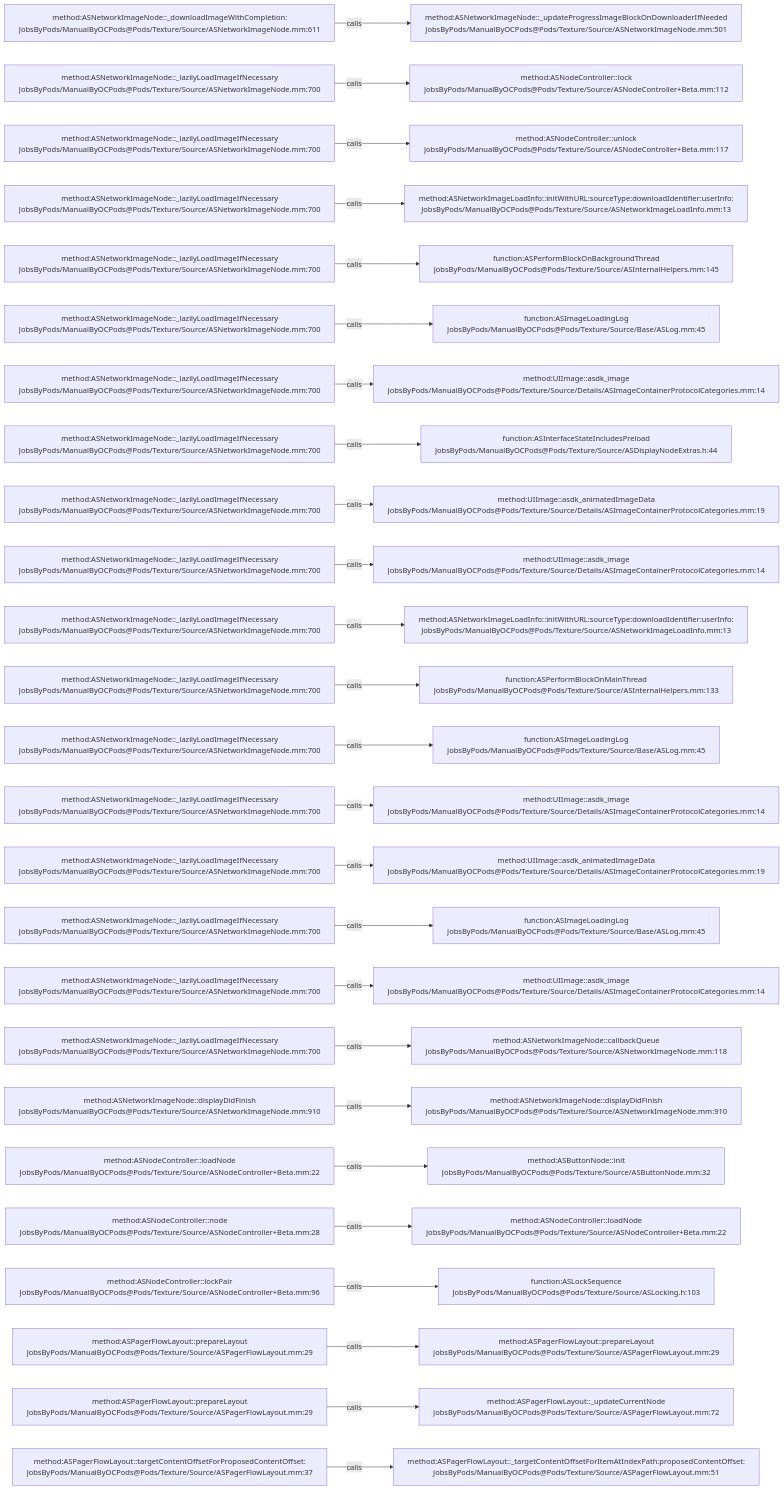
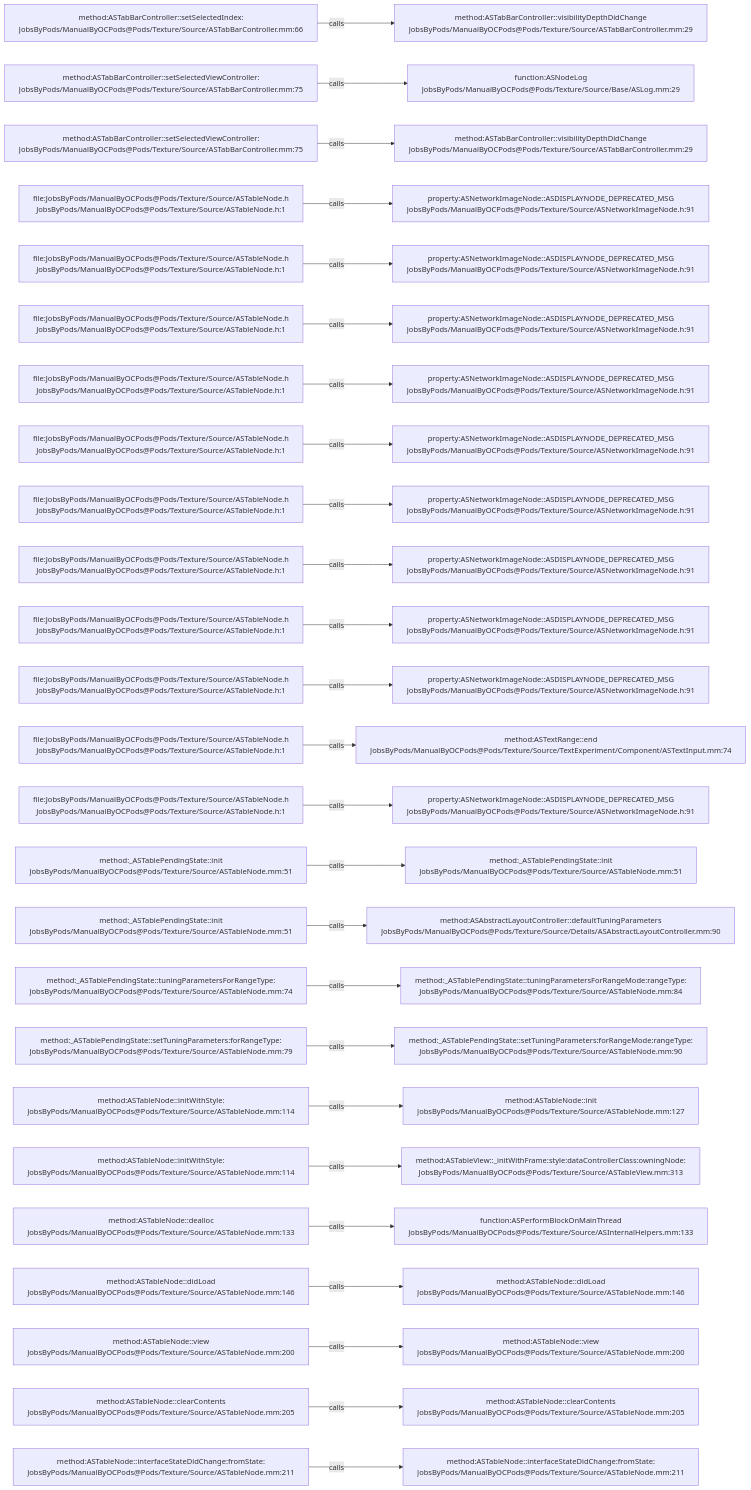
One commit to JobsKits/JobsOCBaseConfigDemo changed the diagram in .codegraph/codegraph.md/graphs/calls-120.md. Above: the diagram before and after it, drawn with Mermaid. The commit also changed 1353 other files, not shown here.

````diff
--- a/.codegraph/codegraph.md/graphs/calls-120.md
+++ b/.codegraph/codegraph.md/graphs/calls-120.md
@@ -13,78 +13,78 @@
 ```mermaid
 flowchart LR
-  S1["method:ASNetworkImageNode::_downloadImageWithCompletion:<br/>JobsByPods/ManualByOCPods@Pods/Texture/Source/ASNetworkImageNode.mm:611"]
-  T1["method:ASNetworkImageNode::_updateProgressImageBlockOnDownloaderIfNeeded<br/>JobsByPods/ManualByOCPods@Pods/Texture/Source/ASNetworkImageNode.mm:501"]
+  S1["method:ASTabBarController::setSelectedIndex:<br/>JobsByPods/ManualByOCPods@Pods/Texture/Source/ASTabBarController.mm:66"]
+  T1["method:ASTabBarController::visibilityDepthDidChange<br/>JobsByPods/ManualByOCPods@Pods/Texture/Source/ASTabBarController.mm:29"]
   S1 -->|calls| T1
-  S2["method:ASNetworkImageNode::_lazilyLoadImageIfNecessary<br/>JobsByPods/ManualByOCPods@Pods/Texture/Source/ASNetworkImageNode.mm:700"]
-  T2["method:ASNodeController::lock<br/>JobsByPods/ManualByOCPods@Pods/Texture/Source/ASNodeController+Beta.mm:112"]
+  S2["method:ASTabBarController::setSelectedViewController:<br/>JobsByPods/ManualByOCPods@Pods/Texture/Source/ASTabBarController.mm:75"]
+  T2["function:ASNodeLog<br/>JobsByPods/ManualByOCPods@Pods/Texture/Source/Base/ASLog.mm:29"]
   S2 -->|calls| T2
-  S3["method:ASNetworkImageNode::_lazilyLoadImageIfNecessary<br/>JobsByPods/ManualByOCPods@Pods/Texture/Source/ASNetworkImageNode.mm:700"]
-  T3["method:ASNodeController::unlock<br/>JobsByPods/ManualByOCPods@Pods/Texture/Source/ASNodeController+Beta.mm:117"]
+  S3["method:ASTabBarController::setSelectedViewController:<br/>JobsByPods/ManualByOCPods@Pods/Texture/Source/ASTabBarController.mm:75"]
+  T3["method:ASTabBarController::visibilityDepthDidChange<br/>JobsByPods/ManualByOCPods@Pods/Texture/Source/ASTabBarController.mm:29"]
   S3 -->|calls| T3
-  S4["method:ASNetworkImageNode::_lazilyLoadImageIfNecessary<br/>JobsByPods/ManualByOCPods@Pods/Texture/Source/ASNetworkImageNode.mm:700"]
-  T4["method:ASNetworkImageLoadInfo::initWithURL:sourceType:downloadIdentifier:userInfo:<br/>JobsByPods/ManualByOCPods@Pods/Texture/Source/ASNetworkImageLoadInfo.mm:13"]
+  S4["file:JobsByPods/ManualByOCPods@Pods/Texture/Source/ASTableNode.h<br/>JobsByPods/ManualByOCPods@Pods/Texture/Source/ASTableNode.h:1"]
+  T4["property:ASNetworkImageNode::ASDISPLAYNODE_DEPRECATED_MSG<br/>JobsByPods/ManualByOCPods@Pods/Texture/Source/ASNetworkImageNode.h:91"]
   S4 -->|calls| T4
-  S5["method:ASNetworkImageNode::_lazilyLoadImageIfNecessary<br/>JobsByPods/ManualByOCPods@Pods/Texture/Source/ASNetworkImageNode.mm:700"]
-  T5["function:ASPerformBlockOnBackgroundThread<br/>JobsByPods/ManualByOCPods@Pods/Texture/Source/ASInternalHelpers.mm:145"]
+  S5["file:JobsByPods/ManualByOCPods@Pods/Texture/Source/ASTableNode.h<br/>JobsByPods/ManualByOCPods@Pods/Texture/Source/ASTableNode.h:1"]
+  T5["property:ASNetworkImageNode::ASDISPLAYNODE_DEPRECATED_MSG<br/>JobsByPods/ManualByOCPods@Pods/Texture/Source/ASNetworkImageNode.h:91"]
   S5 -->|calls| T5
-  S6["method:ASNetworkImageNode::_lazilyLoadImageIfNecessary<br/>JobsByPods/ManualByOCPods@Pods/Texture/Source/ASNetworkImageNode.mm:700"]
-  T6["function:ASImageLoadingLog<br/>JobsByPods/ManualByOCPods@Pods/Texture/Source/Base/ASLog.mm:45"]
+  S6["file:JobsByPods/ManualByOCPods@Pods/Texture/Source/ASTableNode.h<br/>JobsByPods/ManualByOCPods@Pods/Texture/Source/ASTableNode.h:1"]
+  T6["property:ASNetworkImageNode::ASDISPLAYNODE_DEPRECATED_MSG<br/>JobsByPods/ManualByOCPods@Pods/Texture/Source/ASNetworkImageNode.h:91"]
   S6 -->|calls| T6
-  S7["method:ASNetworkImageNode::_lazilyLoadImageIfNecessary<br/>JobsByPods/ManualByOCPods@Pods/Texture/Source/ASNetworkImageNode.mm:700"]
-  T7["method:UIImage::asdk_image<br/>JobsByPods/ManualByOCPods@Pods/Texture/Source/Details/ASImageContainerProtocolCategories.mm:14"]
+  S7["file:JobsByPods/ManualByOCPods@Pods/Texture/Source/ASTableNode.h<br/>JobsByPods/ManualByOCPods@Pods/Texture/Source/ASTableNode.h:1"]
+  T7["property:ASNetworkImageNode::ASDISPLAYNODE_DEPRECATED_MSG<br/>JobsByPods/ManualByOCPods@Pods/Texture/Source/ASNetworkImageNode.h:91"]
   S7 -->|calls| T7
-  S8["method:ASNetworkImageNode::_lazilyLoadImageIfNecessary<br/>JobsByPods/ManualByOCPods@Pods/Texture/Source/ASNetworkImageNode.mm:700"]
-  T8["function:ASInterfaceStateIncludesPreload<br/>JobsByPods/ManualByOCPods@Pods/Texture/Source/ASDisplayNodeExtras.h:44"]
+  S8["file:JobsByPods/ManualByOCPods@Pods/Texture/Source/ASTableNode.h<br/>JobsByPods/ManualByOCPods@Pods/Texture/Source/ASTableNode.h:1"]
+  T8["property:ASNetworkImageNode::ASDISPLAYNODE_DEPRECATED_MSG<br/>JobsByPods/ManualByOCPods@Pods/Texture/Source/ASNetworkImageNode.h:91"]
   S8 -->|calls| T8
-  S9["method:ASNetworkImageNode::_lazilyLoadImageIfNecessary<br/>JobsByPods/ManualByOCPods@Pods/Texture/Source/ASNetworkImageNode.mm:700"]
-  T9["method:UIImage::asdk_animatedImageData<br/>JobsByPods/ManualByOCPods@Pods/Texture/Source/Details/ASImageContainerProtocolCategories.mm:19"]
+  S9["file:JobsByPods/ManualByOCPods@Pods/Texture/Source/ASTableNode.h<br/>JobsByPods/ManualByOCPods@Pods/Texture/Source/ASTableNode.h:1"]
+  T9["property:ASNetworkImageNode::ASDISPLAYNODE_DEPRECATED_MSG<br/>JobsByPods/ManualByOCPods@Pods/Texture/Source/ASNetworkImageNode.h:91"]
   S9 -->|calls| T9
-  S10["method:ASNetworkImageNode::_lazilyLoadImageIfNecessary<br/>JobsByPods/ManualByOCPods@Pods/Texture/Source/ASNetworkImageNode.mm:700"]
-  T10["method:UIImage::asdk_image<br/>JobsByPods/ManualByOCPods@Pods/Texture/Source/Details/ASImageContainerProtocolCategories.mm:14"]
+  S10["file:JobsByPods/ManualByOCPods@Pods/Texture/Source/ASTableNode.h<br/>JobsByPods/ManualByOCPods@Pods/Texture/Source/ASTableNode.h:1"]
+  T10["property:ASNetworkImageNode::ASDISPLAYNODE_DEPRECATED_MSG<br/>JobsByPods/ManualByOCPods@Pods/Texture/Source/ASNetworkImageNode.h:91"]
   S10 -->|calls| T10
-  S11["method:ASNetworkImageNode::_lazilyLoadImageIfNecessary<br/>JobsByPods/ManualByOCPods@Pods/Texture/Source/ASNetworkImageNode.mm:700"]
-  T11["method:ASNetworkImageLoadInfo::initWithURL:sourceType:downloadIdentifier:userInfo:<br/>JobsByPods/ManualByOCPods@Pods/Texture/Source/ASNetworkImageLoadInfo.mm:13"]
+  S11["file:JobsByPods/ManualByOCPods@Pods/Texture/Source/ASTableNode.h<br/>JobsByPods/ManualByOCPods@Pods/Texture/Source/ASTableNode.h:1"]
+  T11["property:ASNetworkImageNode::ASDISPLAYNODE_DEPRECATED_MSG<br/>JobsByPods/ManualByOCPods@Pods/Texture/Source/ASNetworkImageNode.h:91"]
   S11 -->|calls| T11
-  S12["method:ASNetworkImageNode::_lazilyLoadImageIfNecessary<br/>JobsByPods/ManualByOCPods@Pods/Texture/Source/ASNetworkImageNode.mm:700"]
-  T12["function:ASPerformBlockOnMainThread<br/>JobsByPods/ManualByOCPods@Pods/Texture/Source/ASInternalHelpers.mm:133"]
+  S12["file:JobsByPods/ManualByOCPods@Pods/Texture/Source/ASTableNode.h<br/>JobsByPods/ManualByOCPods@Pods/Texture/Source/ASTableNode.h:1"]
+  T12["property:ASNetworkImageNode::ASDISPLAYNODE_DEPRECATED_MSG<br/>JobsByPods/ManualByOCPods@Pods/Texture/Source/ASNetworkImageNode.h:91"]
   S12 -->|calls| T12
-  S13["method:ASNetworkImageNode::_lazilyLoadImageIfNecessary<br/>JobsByPods/ManualByOCPods@Pods/Texture/Source/ASNetworkImageNode.mm:700"]
-  T13["function:ASImageLoadingLog<br/>JobsByPods/ManualByOCPods@Pods/Texture/Source/Base/ASLog.mm:45"]
+  S13["file:JobsByPods/ManualByOCPods@Pods/Texture/Source/ASTableNode.h<br/>JobsByPods/ManualByOCPods@Pods/Texture/Source/ASTableNode.h:1"]
+  T13["method:ASTextRange::end<br/>JobsByPods/ManualByOCPods@Pods/Texture/Source/TextExperiment/Component/ASTextInput.mm:74"]
   S13 -->|calls| T13
-  S14["method:ASNetworkImageNode::_lazilyLoadImageIfNecessary<br/>JobsByPods/ManualByOCPods@Pods/Texture/Source/ASNetworkImageNode.mm:700"]
-  T14["method:UIImage::asdk_image<br/>JobsByPods/ManualByOCPods@Pods/Texture/Source/Details/ASImageContainerProtocolCategories.mm:14"]
+  S14["file:JobsByPods/ManualByOCPods@Pods/Texture/Source/ASTableNode.h<br/>JobsByPods/ManualByOCPods@Pods/Texture/Source/ASTableNode.h:1"]
+  T14["property:ASNetworkImageNode::ASDISPLAYNODE_DEPRECATED_MSG<br/>JobsByPods/ManualByOCPods@Pods/Texture/Source/ASNetworkImageNode.h:91"]
   S14 -->|calls| T14
-  S15["method:ASNetworkImageNode::_lazilyLoadImageIfNecessary<br/>JobsByPods/ManualByOCPods@Pods/Texture/Source/ASNetworkImageNode.mm:700"]
-  T15["method:UIImage::asdk_animatedImageData<br/>JobsByPods/ManualByOCPods@Pods/Texture/Source/Details/ASImageContainerProtocolCategories.mm:19"]
+  S15["method:_ASTablePendingState::init<br/>JobsByPods/ManualByOCPods@Pods/Texture/Source/ASTableNode.mm:51"]
+  T15["method:_ASTablePendingState::init<br/>JobsByPods/ManualByOCPods@Pods/Texture/Source/ASTableNode.mm:51"]
   S15 -->|calls| T15
-  S16["method:ASNetworkImageNode::_lazilyLoadImageIfNecessary<br/>JobsByPods/ManualByOCPods@Pods/Texture/Source/ASNetworkImageNode.mm:700"]
-  T16["function:ASImageLoadingLog<br/>JobsByPods/ManualByOCPods@Pods/Texture/Source/Base/ASLog.mm:45"]
+  S16["method:_ASTablePendingState::init<br/>JobsByPods/ManualByOCPods@Pods/Texture/Source/ASTableNode.mm:51"]
+  T16["method:ASAbstractLayoutController::defaultTuningParameters<br/>JobsByPods/ManualByOCPods@Pods/Texture/Source/Details/ASAbstractLayoutController.mm:90"]
   S16 -->|calls| T16
-  S17["method:ASNetworkImageNode::_lazilyLoadImageIfNecessary<br/>JobsByPods/ManualByOCPods@Pods/Texture/Source/ASNetworkImageNode.mm:700"]
-  T17["method:UIImage::asdk_image<br/>JobsByPods/ManualByOCPods@Pods/Texture/Source/Details/ASImageContainerProtocolCategories.mm:14"]
+  S17["method:_ASTablePendingState::tuningParametersForRangeType:<br/>JobsByPods/ManualByOCPods@Pods/Texture/Source/ASTableNode.mm:74"]
+  T17["method:_ASTablePendingState::tuningParametersForRangeMode:rangeType:<br/>JobsByPods/ManualByOCPods@Pods/Texture/Source/ASTableNode.mm:84"]
   S17 -->|calls| T17
-  S18["method:ASNetworkImageNode::_lazilyLoadImageIfNecessary<br/>JobsByPods/ManualByOCPods@Pods/Texture/Source/ASNetworkImageNode.mm:700"]
-  T18["method:ASNetworkImageNode::callbackQueue<br/>JobsByPods/ManualByOCPods@Pods/Texture/Source/ASNetworkImageNode.mm:118"]
+  S18["method:_ASTablePendingState::setTuningParameters:forRangeType:<br/>JobsByPods/ManualByOCPods@Pods/Texture/Source/ASTableNode.mm:79"]
+  T18["method:_ASTablePendingState::setTuningParameters:forRangeMode:rangeType:<br/>JobsByPods/ManualByOCPods@Pods/Texture/Source/ASTableNode.mm:90"]
   S18 -->|calls| T18
-  S19["method:ASNetworkImageNode::displayDidFinish<br/>JobsByPods/ManualByOCPods@Pods/Texture/Source/ASNetworkImageNode.mm:910"]
-  T19["method:ASNetworkImageNode::displayDidFinish<br/>JobsByPods/ManualByOCPods@Pods/Texture/Source/ASNetworkImageNode.mm:910"]
+  S19["method:ASTableNode::initWithStyle:<br/>JobsByPods/ManualByOCPods@Pods/Texture/Source/ASTableNode.mm:114"]
+  T19["method:ASTableNode::init<br/>JobsByPods/ManualByOCPods@Pods/Texture/Source/ASTableNode.mm:127"]
   S19 -->|calls| T19
-  S20["method:ASNodeController::loadNode<br/>JobsByPods/ManualByOCPods@Pods/Texture/Source/ASNodeController+Beta.mm:22"]
-  T20["method:ASButtonNode::init<br/>JobsByPods/ManualByOCPods@Pods/Texture/Source/ASButtonNode.mm:32"]
+  S20["method:ASTableNode::initWithStyle:<br/>JobsByPods/ManualByOCPods@Pods/Texture/Source/ASTableNode.mm:114"]
+  T20["method:ASTableView::_initWithFrame:style:dataControllerClass:owningNode:<br/>JobsByPods/ManualByOCPods@Pods/Texture/Source/ASTableView.mm:313"]
   S20 -->|calls| T20
-  S21["method:ASNodeController::node<br/>JobsByPods/ManualByOCPods@Pods/Texture/Source/ASNodeController+Beta.mm:28"]
-  T21["method:ASNodeController::loadNode<br/>JobsByPods/ManualByOCPods@Pods/Texture/Source/ASNodeController+Beta.mm:22"]
+  S21["method:ASTableNode::dealloc<br/>JobsByPods/ManualByOCPods@Pods/Texture/Source/ASTableNode.mm:133"]
+  T21["function:ASPerformBlockOnMainThread<br/>JobsByPods/ManualByOCPods@Pods/Texture/Source/ASInternalHelpers.mm:133"]
   S21 -->|calls| T21
-  S22["method:ASNodeController::lockPair<br/>JobsByPods/ManualByOCPods@Pods/Texture/Source/ASNodeController+Beta.mm:96"]
-  T22["function:ASLockSequence<br/>JobsByPods/ManualByOCPods@Pods/Texture/Source/ASLocking.h:103"]
+  S22["method:ASTableNode::didLoad<br/>JobsByPods/ManualByOCPods@Pods/Texture/Source/ASTableNode.mm:146"]
+  T22["method:ASTableNode::didLoad<br/>JobsByPods/ManualByOCPods@Pods/Texture/Source/ASTableNode.mm:146"]
   S22 -->|calls| T22
-  S23["method:ASPagerFlowLayout::prepareLayout<br/>JobsByPods/ManualByOCPods@Pods/Texture/Source/ASPagerFlowLayout.mm:29"]
-  T23["method:ASPagerFlowLayout::prepareLayout<br/>JobsByPods/ManualByOCPods@Pods/Texture/Source/ASPagerFlowLayout.mm:29"]
+  S23["method:ASTableNode::view<br/>JobsByPods/ManualByOCPods@Pods/Texture/Source/ASTableNode.mm:200"]
+  T23["method:ASTableNode::view<br/>JobsByPods/ManualByOCPods@Pods/Texture/Source/ASTableNode.mm:200"]
   S23 -->|calls| T23
-  S24["method:ASPagerFlowLayout::prepareLayout<br/>JobsByPods/ManualByOCPods@Pods/Texture/Source/ASPagerFlowLayout.mm:29"]
-  T24["method:ASPagerFlowLayout::_updateCurrentNode<br/>JobsByPods/ManualByOCPods@Pods/Texture/Source/ASPagerFlowLayout.mm:72"]
+  S24["method:ASTableNode::clearContents<br/>JobsByPods/ManualByOCPods@Pods/Texture/Source/ASTableNode.mm:205"]
+  T24["method:ASTableNode::clearContents<br/>JobsByPods/ManualByOCPods@Pods/Texture/Source/ASTableNode.mm:205"]
   S24 -->|calls| T24
-  S25["method:ASPagerFlowLayout::targetContentOffsetForProposedContentOffset:<br/>JobsByPods/ManualByOCPods@Pods/Texture/Source/ASPagerFlowLayout.mm:37"]
-  T25["method:ASPagerFlowLayout::_targetContentOffsetForItemAtIndexPath:proposedContentOffset:<br/>JobsByPods/ManualByOCPods@Pods/Texture/Source/ASPagerFlowLayout.mm:51"]
+  S25["method:ASTableNode::interfaceStateDidChange:fromState:<br/>JobsByPods/ManualByOCPods@Pods/Texture/Source/ASTableNode.mm:211"]
+  T25["method:ASTableNode::interfaceStateDidChange:fromState:<br/>JobsByPods/ManualByOCPods@Pods/Texture/Source/ASTableNode.mm:211"]
   S25 -->|calls| T25
 ```
````
